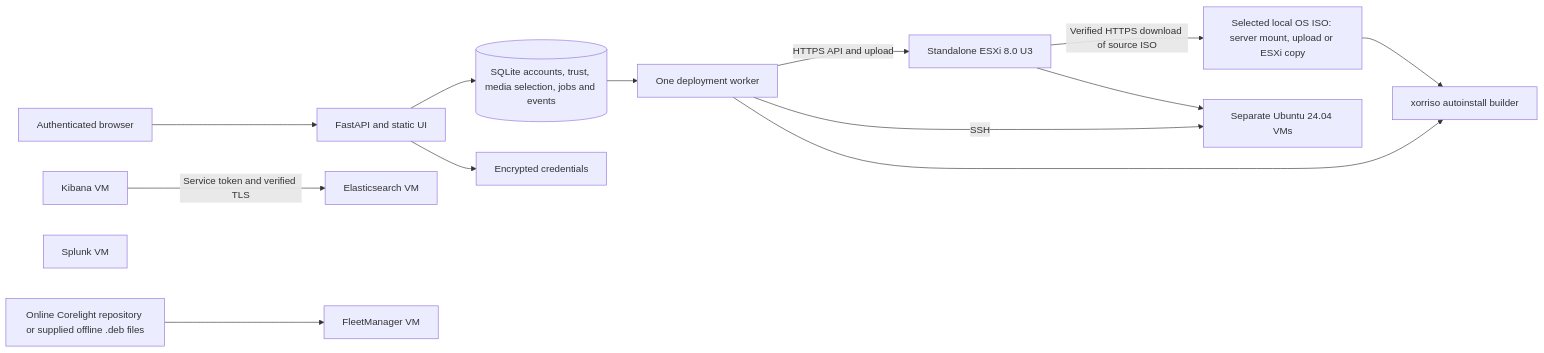
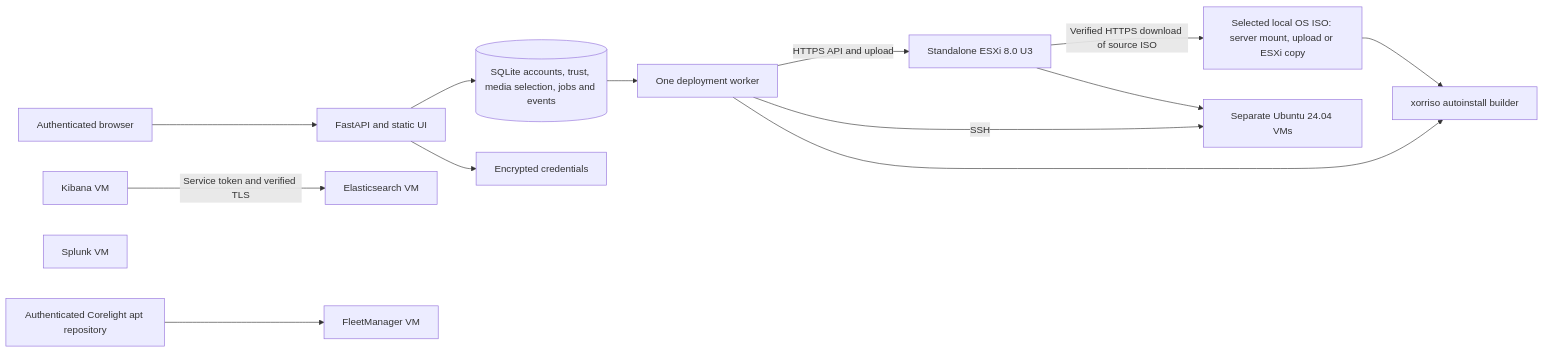
Before and after one commit to DasFunfZigste/GDeploy: the diagram in docs/ARCHITECTURE.md, drawn with Mermaid. The commit also changed other lines of this file and 25 other files, not shown here.

Commit message:
Open FleetManager guest ports and remove offline installation

````diff
--- a/docs/ARCHITECTURE.md
+++ b/docs/ARCHITECTURE.md
@@ -3,17 +3,17 @@
 ```mermaid
 flowchart LR
   Browser[Authenticated browser] --> API[FastAPI and static UI]
   API --> DB[(SQLite accounts, trust, media selection, jobs and events)]
   API --> Vault[Encrypted credentials]
   DB --> Worker[One deployment worker]
   Media[Selected local OS ISO: server mount, upload or ESXi copy] --> Builder[xorriso autoinstall builder]
   Worker --> Builder
   Worker -->|HTTPS API and upload| ESXi[Standalone ESXi 8.0 U3]
   ESXi -->|Verified HTTPS download of source ISO| Media
   ESXi --> Ubuntu[Separate Ubuntu 24.04 VMs]
   Worker -->|SSH| Ubuntu
   Kibana[Kibana VM] -->|Service token and verified TLS| Elastic[Elasticsearch VM]
   Splunk[Splunk VM]
   Fleet[FleetManager VM]
-  FleetPackages[Online Corelight repository or supplied offline .deb files] --> Fleet
+  FleetPackages[Authenticated Corelight apt repository] --> Fleet
 ```
````
